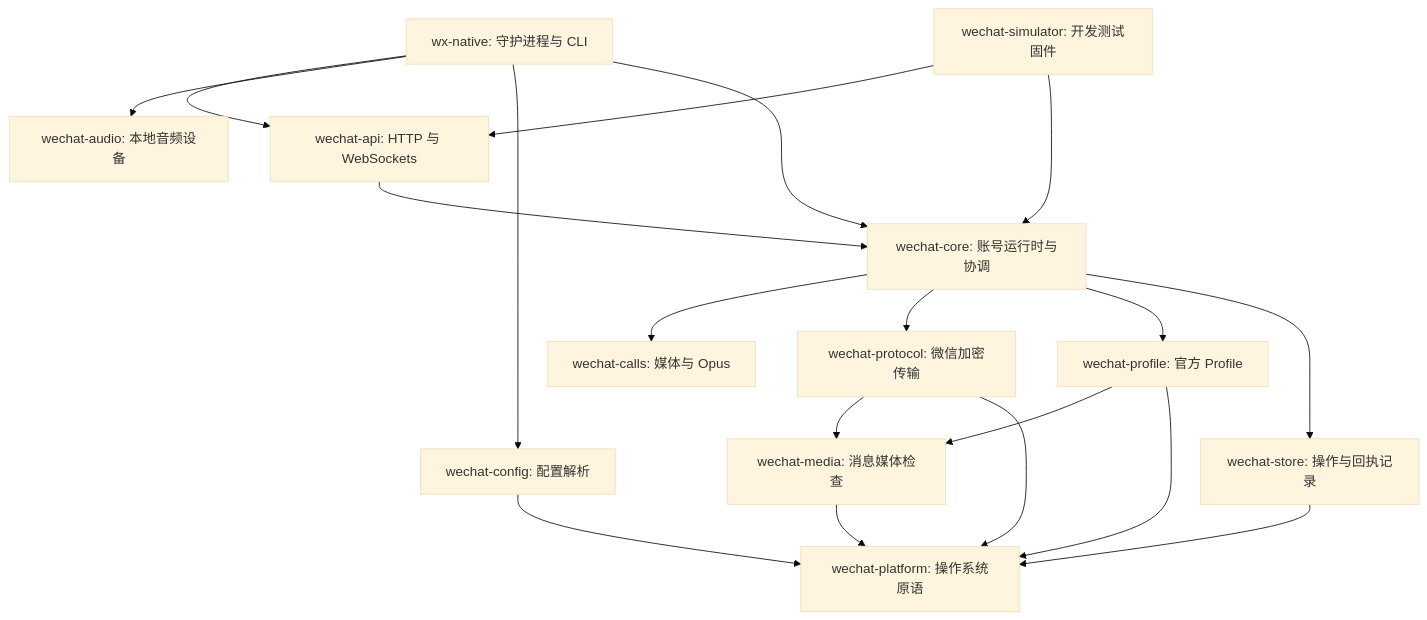
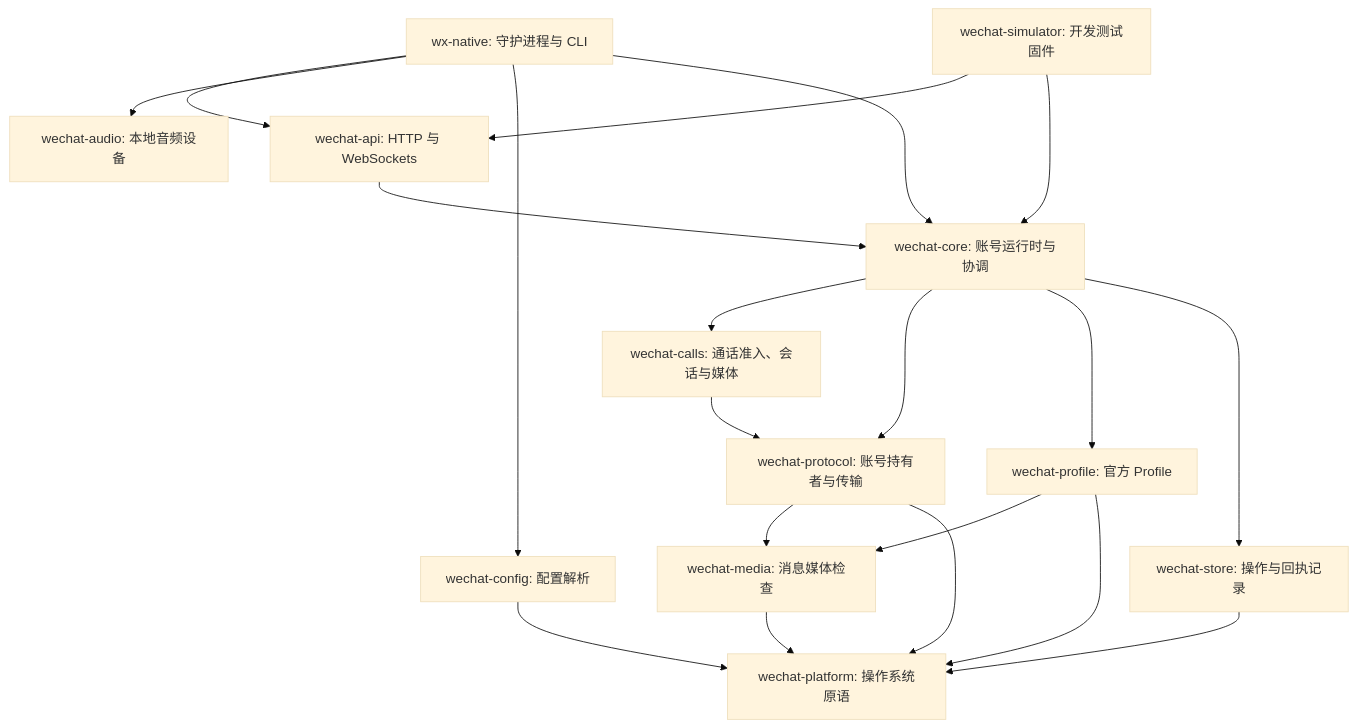
Before and after one commit to thisnick/agent-wechat: the diagram in docs/src/content/docs/zh-cn/how-it-works/rust-crates.mdx, drawn with Mermaid (base theme). The commit also changed other lines of this file and 14 other files, not shown here.

````diff
--- a/docs/src/content/docs/zh-cn/how-it-works/rust-crates.mdx
+++ b/docs/src/content/docs/zh-cn/how-it-works/rust-crates.mdx
@@ -12,21 +12,22 @@
 ```mermaid
 flowchart TD
   WX["wx-native: 守护进程与 CLI"] --> API["wechat-api: HTTP 与 WebSockets"]
   WX --> AUDIO["wechat-audio: 本地音频设备"]
   WX --> CFG["wechat-config: 配置解析"]
   WX --> CORE["wechat-core: 账号运行时与协调"]
   API --> CORE
-  CORE --> CALLS["wechat-calls: 媒体与 Opus"]
-  CORE --> PROTOCOL["wechat-protocol: 微信加密传输"]
+  CORE --> CALLS["wechat-calls: 通话准入、会话与媒体"]
+  CALLS --> PROTOCOL
+  CORE --> PROTOCOL["wechat-protocol: 账号持有者与传输"]
   CORE --> PROFILE["wechat-profile: 官方 Profile"]
   CORE --> STORE["wechat-store: 操作与回执记录"]
   PROFILE --> MEDIA["wechat-media: 消息媒体检查"]
   PROTOCOL --> MEDIA
   MEDIA --> PLATFORM["wechat-platform: 操作系统原语"]
   CFG --> PLATFORM
   STORE --> PLATFORM
   DEV["wechat-simulator: 开发测试固件"] --> API
   DEV --> CORE
   PROFILE --> PLATFORM
   PROTOCOL --> PLATFORM
 ```
````
